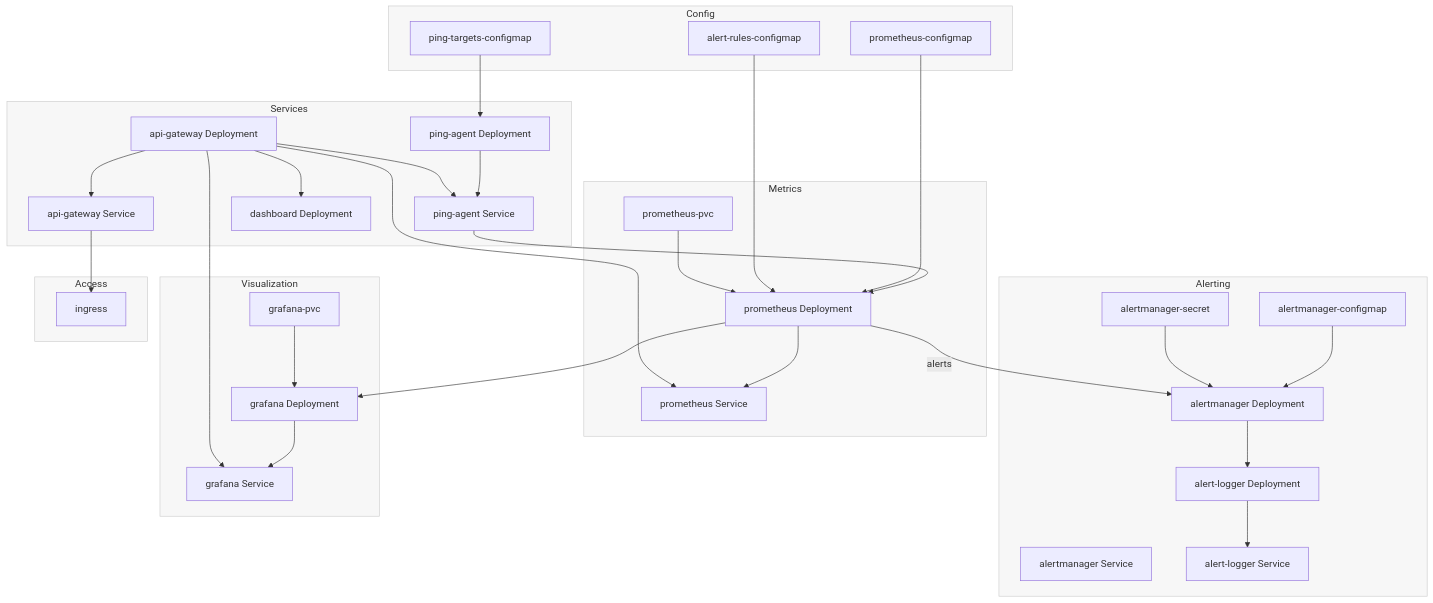
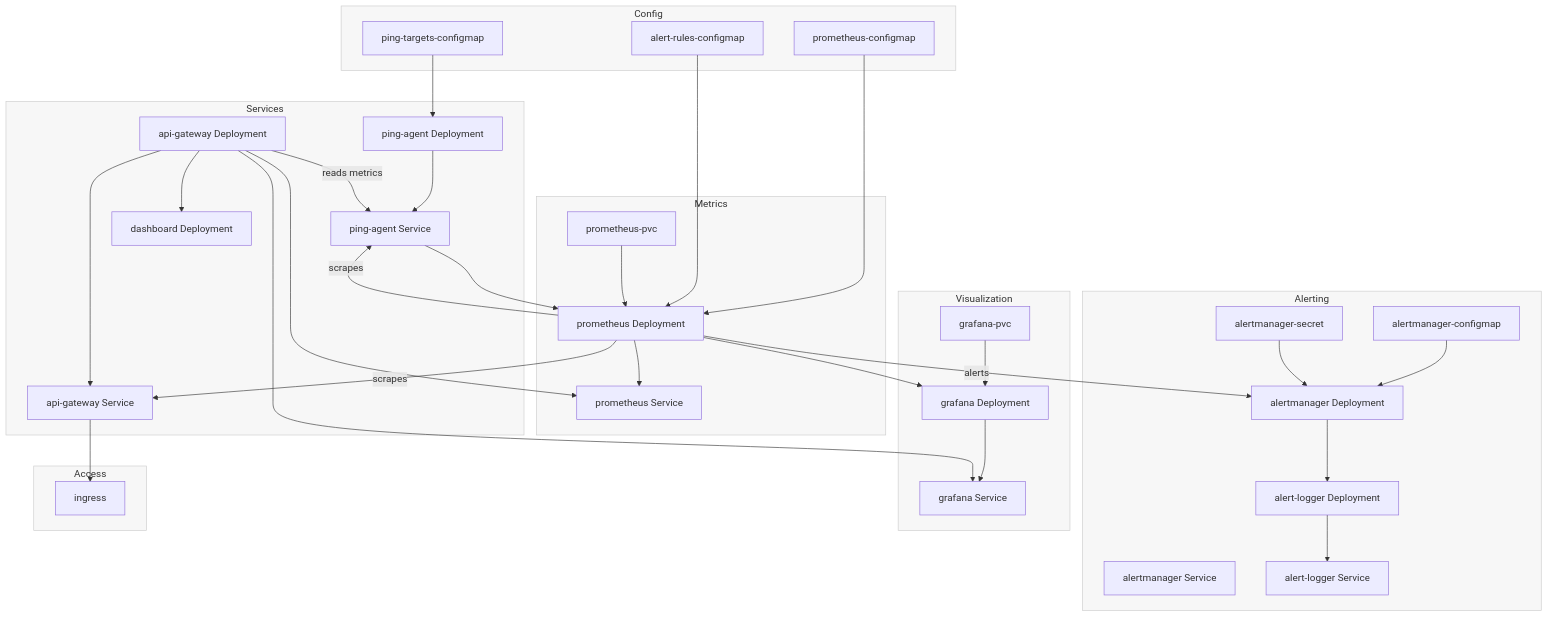
Before and after one commit to fattah247/UpTimePulse: the second of 2 diagrams in ARCHITECTURE.md, drawn with Mermaid. The commit also changed other lines of this file and 1 other file, not shown here.

````diff
--- a/ARCHITECTURE.md
+++ b/ARCHITECTURE.md
@@ -56,65 +89,68 @@
 ```mermaid
 flowchart TB
   linkStyle default stroke-width:1px
   classDef group fill:#f7f7f7,stroke:#cccccc,stroke-width:1px
   subgraph Config["Config"]
     targets[ping-targets-configmap]
     promCfg[prometheus-configmap]
     alertRules[alert-rules-configmap]
   end
 
   subgraph Services["Services"]
     pingDep[ping-agent Deployment]
     pingSvc[ping-agent Service]
     apiDep[api-gateway Deployment]
     apiSvc[api-gateway Service]
     dash[dashboard Deployment]
   end
 
   subgraph Metrics["Metrics"]
     promDep[prometheus Deployment]
     promSvc[prometheus Service]
     promPVC[prometheus-pvc]
   end
 
   subgraph Alerting["Alerting"]
     amDep[alertmanager Deployment]
     amSvc[alertmanager Service]
     amCfg[alertmanager-configmap]
     amSecret[alertmanager-secret]
     loggerDep[alert-logger Deployment]
     loggerSvc[alert-logger Service]
   end
 
   subgraph Visualization["Visualization"]
     grafDep[grafana Deployment]
     grafSvc[grafana Service]
     grafPVC[grafana-pvc]
   end
 
   subgraph Access["Access"]
     ing[ingress]
   end
 
   targets --> pingDep
   pingDep --> pingSvc --> promDep
   promCfg --> promDep
   alertRules --> promDep
   promPVC --> promDep
   promDep --> promSvc
   promDep -->|alerts| amDep
   amCfg --> amDep
   amSecret --> amDep
   amDep --> loggerDep
   loggerDep --> loggerSvc
   promDep --> grafDep
   grafPVC --> grafDep
   grafDep --> grafSvc
-  apiDep --> pingSvc
+  apiDep -->|reads metrics| pingSvc
   apiDep --> promSvc
   apiDep --> grafSvc
   apiDep --> dash
   apiDep --> apiSvc --> ing
 
+  promDep -->|scrapes| pingSvc
+  promDep -->|scrapes| apiSvc
+
   class Config,Services,Metrics,Alerting,Visualization,Access group
 ```
````
